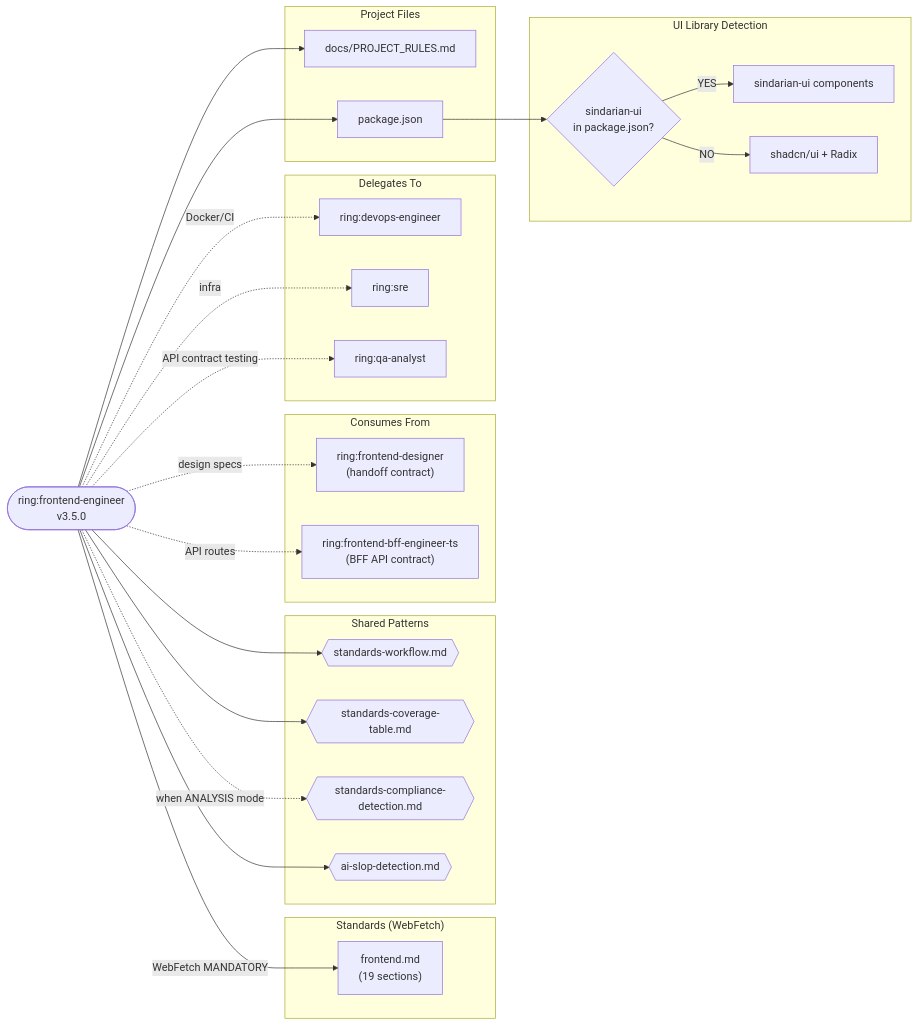
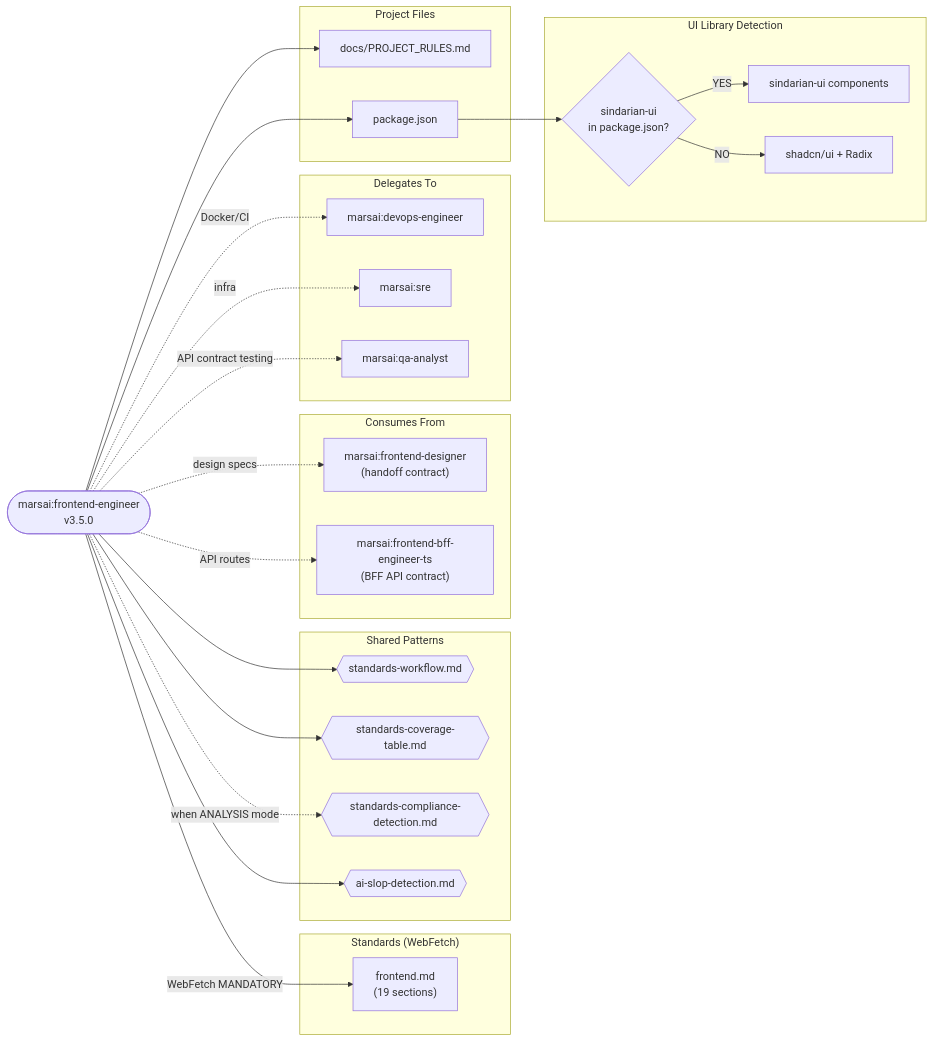
Before and after one commit to rodrigodh/ring: the fifth of 21 diagrams in dev-team/docs/dependency-diagrams.md, drawn with Mermaid. The commit also changed other lines of this file and 203 other files, not shown here.

````diff
--- a/dev-team/docs/dependency-diagrams.md
+++ b/dev-team/docs/dependency-diagrams.md
@@ -244,50 +244,50 @@
 ```mermaid
 flowchart LR
-    agent(["ring:frontend-engineer<br/>v3.5.0"])
+    agent(["marsai:frontend-engineer<br/>v3.5.0"])
 
     subgraph Standards["Standards (WebFetch)"]
         fe["frontend.md<br/>(19 sections)"]
     end
 
     subgraph SharedPatterns["Shared Patterns"]
         sw{{"standards-workflow.md"}}
         sct{{"standards-coverage-table.md"}}
         scd{{"standards-compliance-detection.md"}}
         asd{{"ai-slop-detection.md"}}
     end
 
     subgraph Consumes["Consumes From"]
-        designer["ring:frontend-designer<br/>(handoff contract)"]
-        bff["ring:frontend-bff-engineer-ts<br/>(BFF API contract)"]
+        designer["marsai:frontend-designer<br/>(handoff contract)"]
+        bff["marsai:frontend-bff-engineer-ts<br/>(BFF API contract)"]
     end
 
     subgraph Delegates["Delegates To"]
-        devops["ring:devops-engineer"]
-        sre["ring:sre"]
-        qa["ring:qa-analyst"]
+        devops["marsai:devops-engineer"]
+        sre["marsai:sre"]
+        qa["marsai:qa-analyst"]
     end
 
     subgraph ProjectFiles["Project Files"]
         pr["docs/PROJECT_RULES.md"]
         pkg["package.json"]
     end
 
     subgraph ModeDetection["UI Library Detection"]
         mode{"sindarian-ui<br/>in package.json?"}
         sindarian["sindarian-ui components"]
         shadcn["shadcn/ui + Radix"]
     end
 
     agent -->|"WebFetch MANDATORY"| fe
     agent --> sw & sct & asd
     agent -.->|"when ANALYSIS mode"| scd
     agent -.->|"design specs"| designer
     agent -.->|"API routes"| bff
     agent -.->|"Docker/CI"| devops
     agent -.->|"infra"| sre
     agent -.->|"API contract testing"| qa
     agent --> pr & pkg
     pkg --> mode
     mode -->|"YES"| sindarian
     mode -->|"NO"| shadcn
 ```
````
